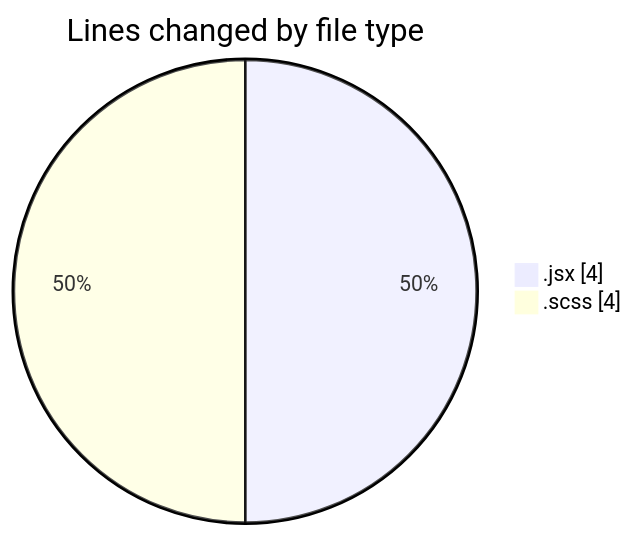
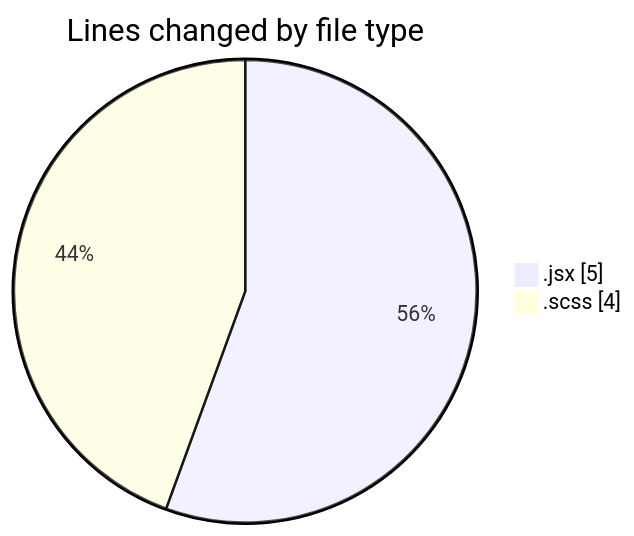
The first of 2 diagrams in 2025-06-04/cda/README.md (momahboobian/code-tracking), drawn with Mermaid before and after one commit. The commit also changed other lines of this file and 1 other file, not shown here.

````diff
--- a/2025-06-04/cda/README.md
+++ b/2025-06-04/cda/README.md
@@ -21,6 +21,6 @@
 ```mermaid
 pie showData
 title Lines changed by file type
-".jsx" : 4
+".jsx" : 5
 ".scss" : 4
 ```
````
